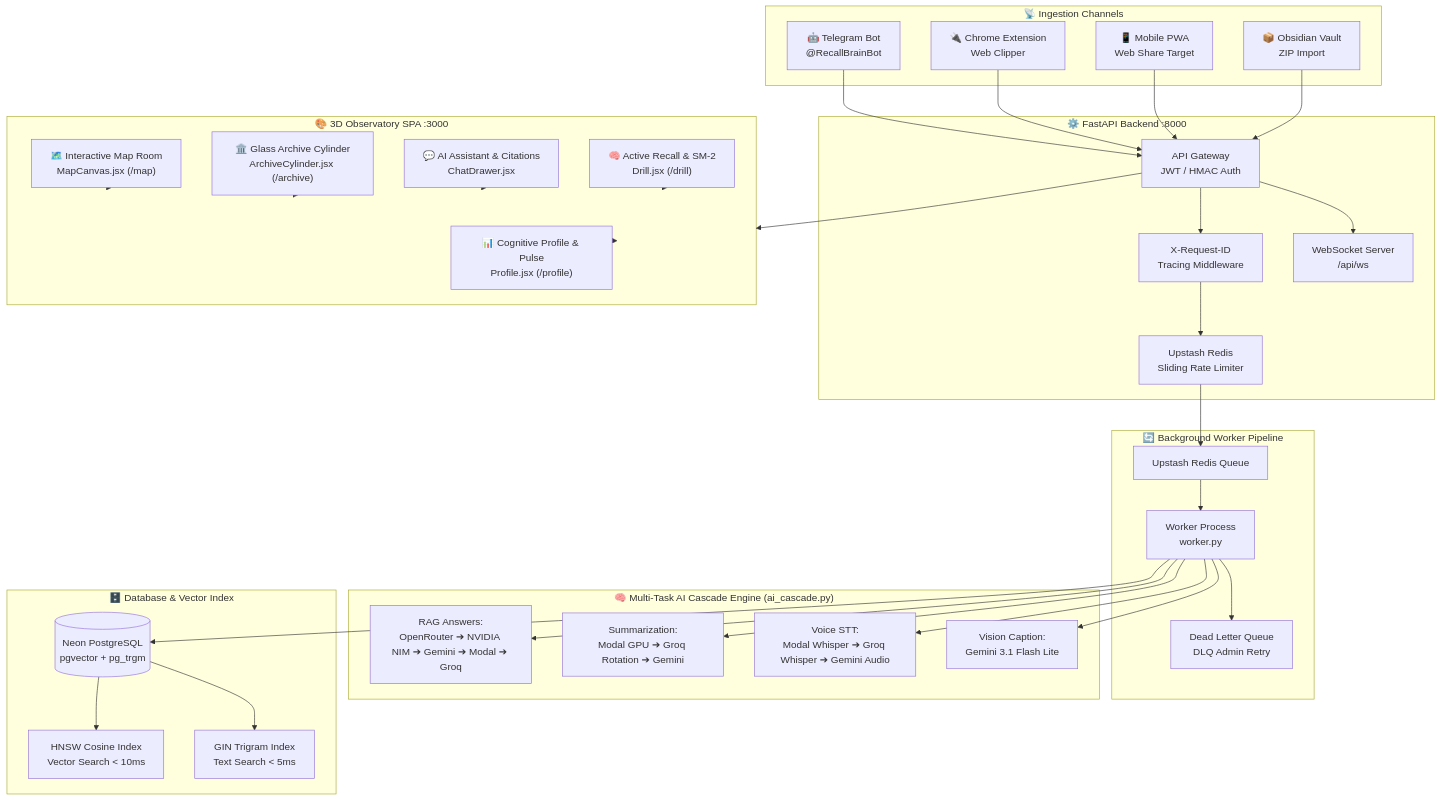
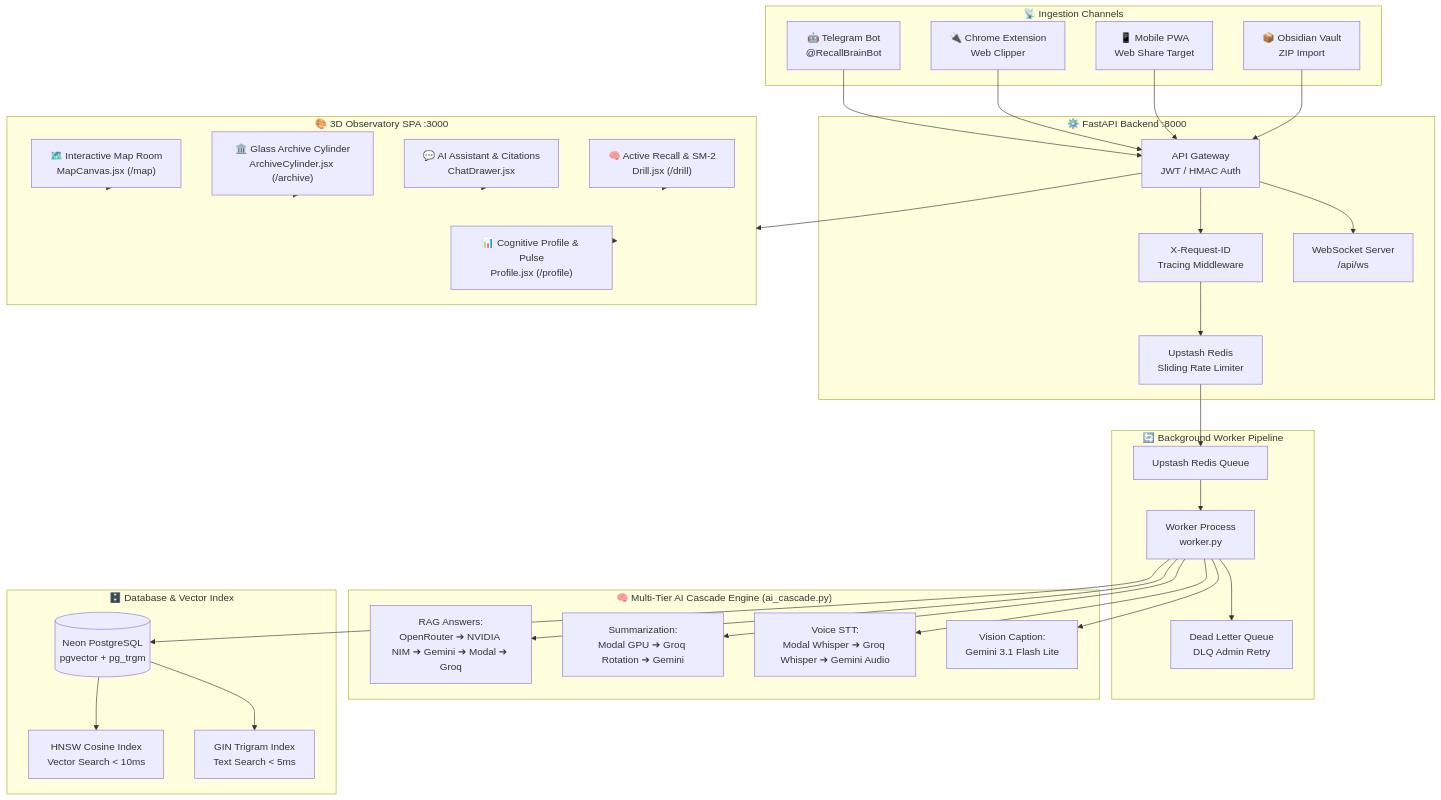
Before and after one commit to PriyanshuG27/Atrium: the first of 3 diagrams in README.md, drawn with Mermaid. The commit also changed other lines of this file, not shown here.

Commit message:
docs(readme): restore clean single-line horizontal Mermaid flowchart layout for AI cascade

````diff
--- a/README.md
+++ b/README.md
@@ -155,54 +155,54 @@
 ```mermaid
 graph TB
     subgraph INGESTION["📡 Ingestion Channels"]
         TG["🤖 Telegram Bot<br/>@RecallBrainBot"]
         EXT["🔌 Chrome Extension<br/>Web Clipper"]
         SHARE["📱 Mobile PWA<br/>Web Share Target"]
         ZIP["📦 Obsidian Vault<br/>ZIP Import"]
     end
 
     subgraph BACKEND["⚙️ FastAPI Backend  :8000"]
         API["API Gateway<br/>JWT / HMAC Auth"]
         TRACER["X-Request-ID<br/>Tracing Middleware"]
         LIMITER["Upstash Redis<br/>Sliding Rate Limiter"]
         WS["WebSocket Server<br/>/api/ws"]
     end
 
     subgraph QUEUE["🔄 Background Worker Pipeline"]
         REDIS["Upstash Redis Queue"]
         WORKER["Worker Process<br/>worker.py"]
         DLQ["Dead Letter Queue<br/>DLQ Admin Retry"]
     end
 
-    subgraph AI_CASCADE["🧠 Multi-Task AI Cascade Engine (ai_cascade.py)"]
+    subgraph AI_CASCADE["🧠 Multi-Tier AI Cascade Engine (ai_cascade.py)"]
         RAG["RAG Answers:<br/>OpenRouter ➔ NVIDIA NIM ➔ Gemini ➔ Modal ➔ Groq"]
         SUM["Summarization:<br/>Modal GPU ➔ Groq Rotation ➔ Gemini"]
         STT["Voice STT:<br/>Modal Whisper ➔ Groq Whisper ➔ Gemini Audio"]
         VISION["Vision Caption:<br/>Gemini 3.1 Flash Lite"]
     end
 
     subgraph STORAGE["🗄️ Database & Vector Index"]
         NEON[("Neon PostgreSQL<br/>pgvector + pg_trgm")]
         HNSW["HNSW Cosine Index<br/>Vector Search < 10ms"]
         GIN["GIN Trigram Index<br/>Text Search < 5ms"]
     end
 
     subgraph FRONTEND["🎨 3D Observatory SPA  :3000"]
         MAP["🗺️ Interactive Map Room<br/>MapCanvas.jsx (/map)"]
         CYLINDER["🏛️ Glass Archive Cylinder<br/>ArchiveCylinder.jsx (/archive)"]
         ASSISTANT["💬 AI Assistant & Citations<br/>ChatDrawer.jsx"]
         DRILL["🧠 Active Recall & SM-2<br/>Drill.jsx (/drill)"]
         PULSE["📊 Cognitive Profile & Pulse<br/>Profile.jsx (/profile)"]
     end
 
     TG & EXT & SHARE & ZIP --> API
     API --> TRACER --> LIMITER --> REDIS
     API --> WS
     REDIS --> WORKER
     WORKER --> DLQ
     WORKER --> RAG & SUM & STT & VISION
     WORKER --> NEON
     NEON --> HNSW & GIN
     API --> FRONTEND
     MAP & CYLINDER & ASSISTANT & DRILL & PULSE --> FRONTEND
 ```
````
